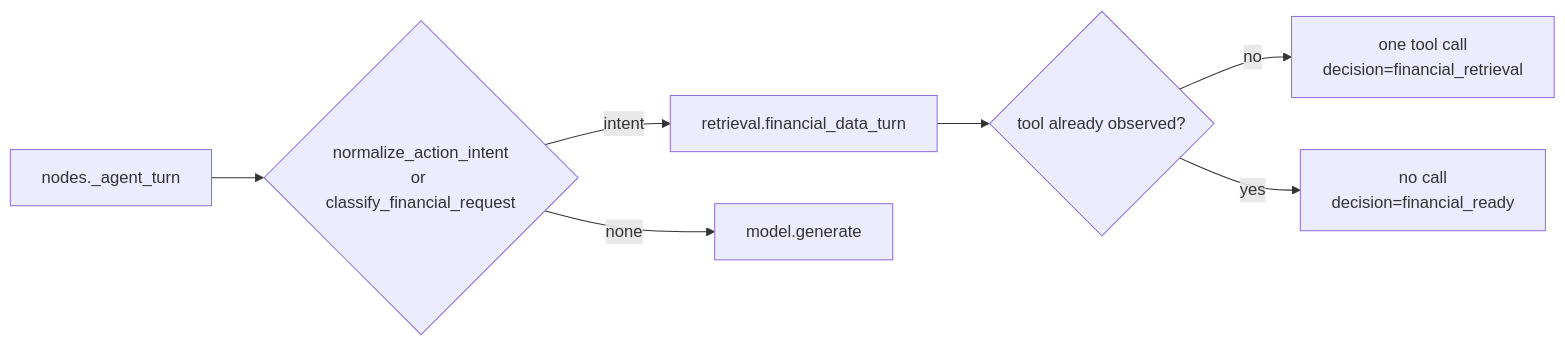
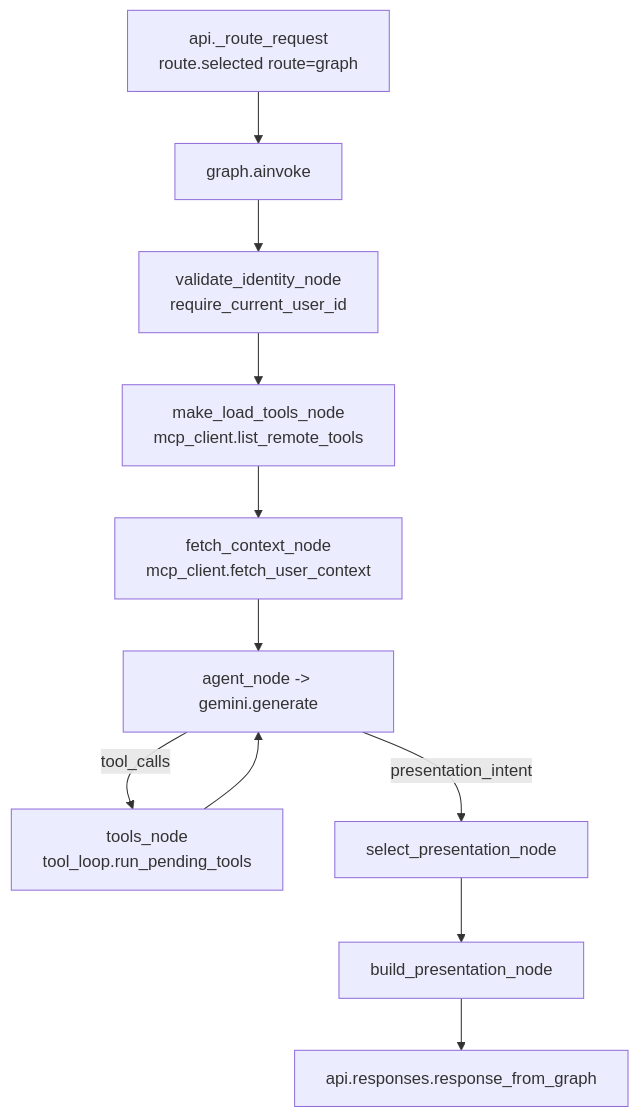
Before and after one commit to JpAboytes/hackmty2026-agent: the second of 11 diagrams in docs/FLOWS.md, drawn with Mermaid. The commit also changed other lines of this file and 30 other files, not shown here.

First line of the commit message:
feat(agent): agentic graph, lifecycle events, model-selected actions

````diff
--- a/docs/FLOWS.md
+++ b/docs/FLOWS.md
@@ -56,9 +78,13 @@
 ```mermaid
-flowchart LR
-  A[nodes._agent_turn] --> B{normalize_action_intent<br/>or classify_financial_request}
-  B -->|intent| C[retrieval.financial_data_turn]
-  B -->|none| D[model.generate]
-  C --> E{tool already observed?}
-  E -->|no| F[one tool call<br/>decision=financial_retrieval]
-  E -->|yes| G[no call<br/>decision=financial_ready]
+flowchart TD
+  A[api._route_request<br/>route.selected route=graph] --> B[graph.ainvoke]
+  B --> C[validate_identity_node<br/>require_current_user_id]
+  C --> D[make_load_tools_node<br/>mcp_client.list_remote_tools]
+  D --> E[fetch_context_node<br/>mcp_client.fetch_user_context]
+  E --> F[agent_node -> gemini.generate]
+  F -->|tool_calls| G[tools_node<br/>tool_loop.run_pending_tools]
+  G --> F
+  F -->|presentation_intent| H[select_presentation_node]
+  H --> I[build_presentation_node]
+  I --> J[api.responses.response_from_graph]
 ```
````
